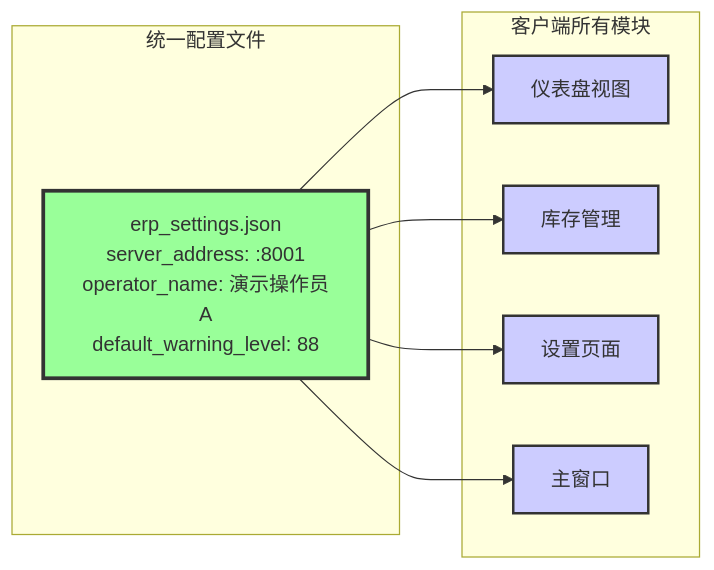
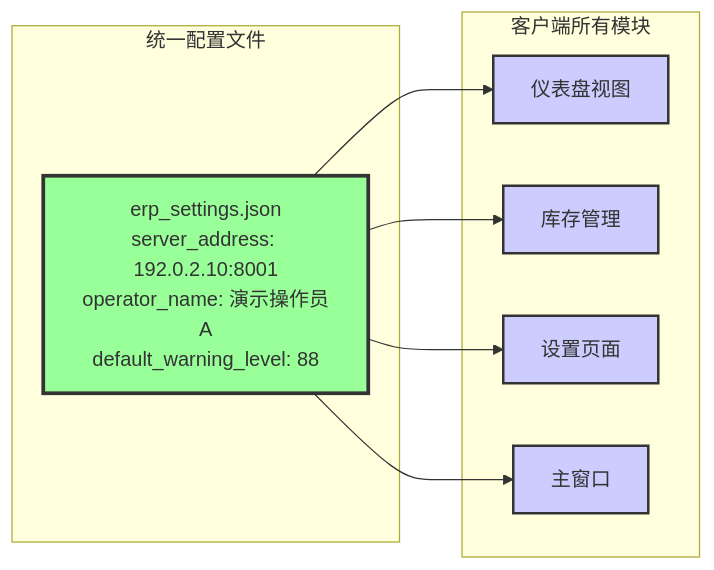
One commit to change979666/simple-stock-desktop changed the third of 3 diagrams in README.md. Above: the diagram before and after it, drawn with Mermaid. The commit also changed other lines of this file and 9 other files, not shown here.

````diff
--- a/README.md
+++ b/README.md
@@ -125,24 +125,24 @@
 ```mermaid
 graph LR
     subgraph "统一配置文件"
-        CONFIG[erp_settings.json<br/>server_address: <SERVER_IP>:8001<br/>operator_name: 演示操作员A<br/>default_warning_level: 88]
+        CONFIG[erp_settings.json<br/>server_address: 192.0.2.10:8001<br/>operator_name: 演示操作员A<br/>default_warning_level: 88]
     end
     
     subgraph "客户端所有模块"
         DASH[仪表盘视图]
         INV[库存管理]
         SETTINGS[设置页面]
         MAIN[主窗口]
     end
     
     CONFIG --> DASH
     CONFIG --> INV
     CONFIG --> SETTINGS
     CONFIG --> MAIN
     
     style CONFIG fill:#9f9,stroke:#333,stroke-width:3px
     style DASH fill:#ccf,stroke:#333,stroke-width:2px
     style INV fill:#ccf,stroke:#333,stroke-width:2px
     style SETTINGS fill:#ccf,stroke:#333,stroke-width:2px
     style MAIN fill:#ccf,stroke:#333,stroke-width:2px
 ```
````
